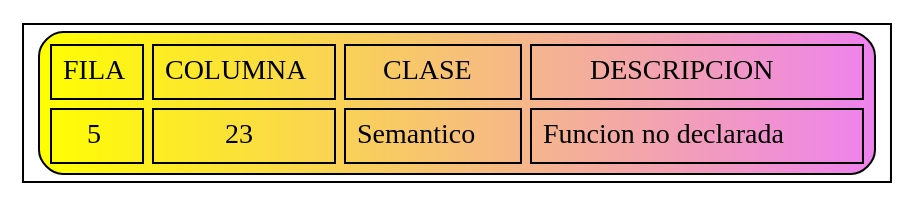
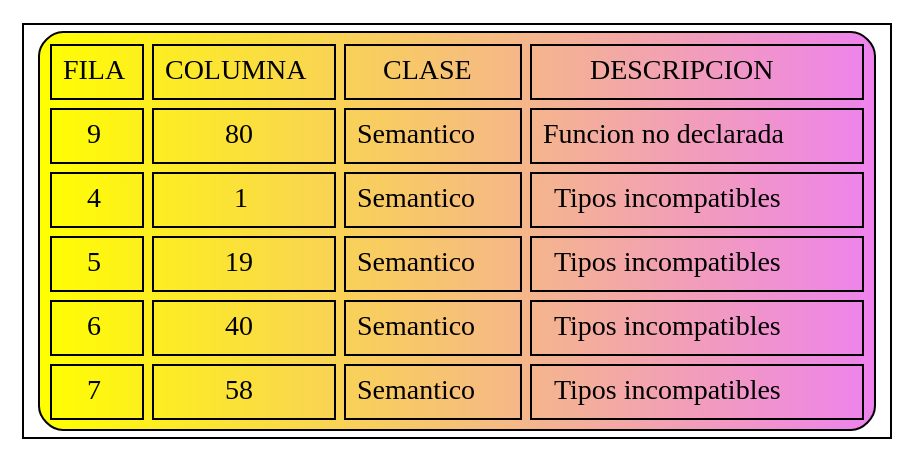
Before and after one commit to JoseMore99/OLC2_P1_201701015: the diagram in Errores.dot, drawn with Graphviz. The commit also changed 7 other files, not shown here.

```diff
--- a/Errores.dot
+++ b/Errores.dot
@@ -1,7 +1,11 @@
 digraph G{
 node [shape=record];
 a0 [label=<<TABLE border="1" cellspacing="5" cellpadding="5" style="rounded" bgcolor="yellow:violet">
 "<TR><TD>FILA</TD><TD>COLUMNA</TD><TD>CLASE</TD><TD>DESCRIPCION</TD></TR>
-<TR><TD>5</TD><TD>23</TD><TD>Semantico</TD><TD>Funcion no declarada</TD></TR>
+<TR><TD>9</TD><TD>80</TD><TD>Semantico</TD><TD>Funcion no declarada</TD></TR>
+<TR><TD>4</TD><TD>1</TD><TD>Semantico</TD><TD>Tipos incompatibles</TD></TR>
+<TR><TD>5</TD><TD>19</TD><TD>Semantico</TD><TD>Tipos incompatibles</TD></TR>
+<TR><TD>6</TD><TD>40</TD><TD>Semantico</TD><TD>Tipos incompatibles</TD></TR>
+<TR><TD>7</TD><TD>58</TD><TD>Semantico</TD><TD>Tipos incompatibles</TD></TR>
 </TABLE>>];
 }
```
